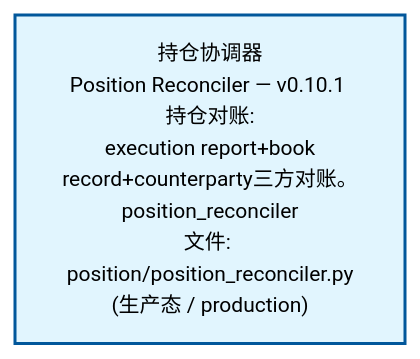
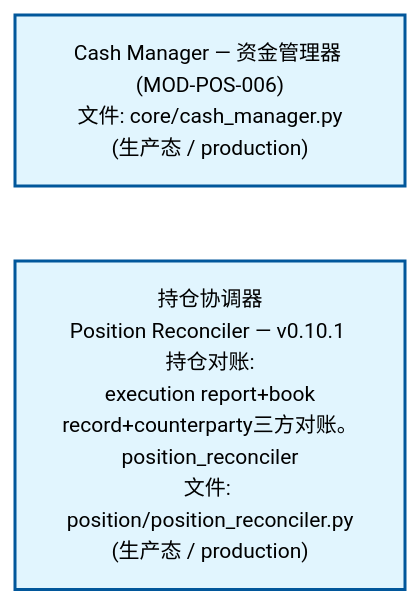
One commit to xuanFelixVan/ZephyrAlpha changed the second of 4 diagrams in docs/02_enterprise_architecture/02_domain_architecture_docs/64_d_position.md. Above: the diagram before and after it, drawn with Mermaid. The commit also changed other lines of this file and 60 other files, not shown here.

````diff
--- a/docs/02_enterprise_architecture/02_domain_architecture_docs/64_d_position.md
+++ b/docs/02_enterprise_architecture/02_domain_architecture_docs/64_d_position.md
@@ -103,10 +108,12 @@
 ```mermaid
 %%{init: {'theme': 'base', 'themeVariables': {'primaryColor': '#eaeaea', 'primaryTextColor': '#333333', 'primaryBorderColor': '#666666', 'lineColor': '#666666', 'secondaryColor': '#eaeaea', 'tertiaryColor': '#eaeaea', 'fontSize': '14px'}}}%%
 flowchart TD
+    src_zephyr_position_core_cash_manager_py["Cash Manager — 资金管理器 (MOD-POS-006)<br/>文件: core/cash_manager.py<br/>(生产态 / production)"]
     src_zephyr_position_position_reconciler_py["持仓协调器<br/>Position Reconciler — v0.10.1 持仓对账:<br/>execution report+book<br/>record+counterparty三方对账。<br/>position_reconciler<br/>文件: position/position_reconciler.py<br/>(生产态 / production)"]
+    src_zephyr_position_core_cash_manager_py ~~~ src_zephyr_position_position_reconciler_py
     classDef production fill:#e1f5fe,stroke:#01579b,stroke-width:2px,color:#000
     classDef design fill:#fff3e0,stroke:#e65100,stroke-width:2px,color:#000,stroke-dasharray: 5 5
     classDef external_prod fill:#e8f4fd,stroke:#0277bd,stroke-width:1px,color:#000
     classDef external_design fill:#fff8e7,stroke:#ef6c00,stroke-width:1px,color:#000,stroke-dasharray: 5 5
-    class src_zephyr_position_position_reconciler_py production
+    class src_zephyr_position_core_cash_manager_py,src_zephyr_position_position_reconciler_py production
 ```
````
